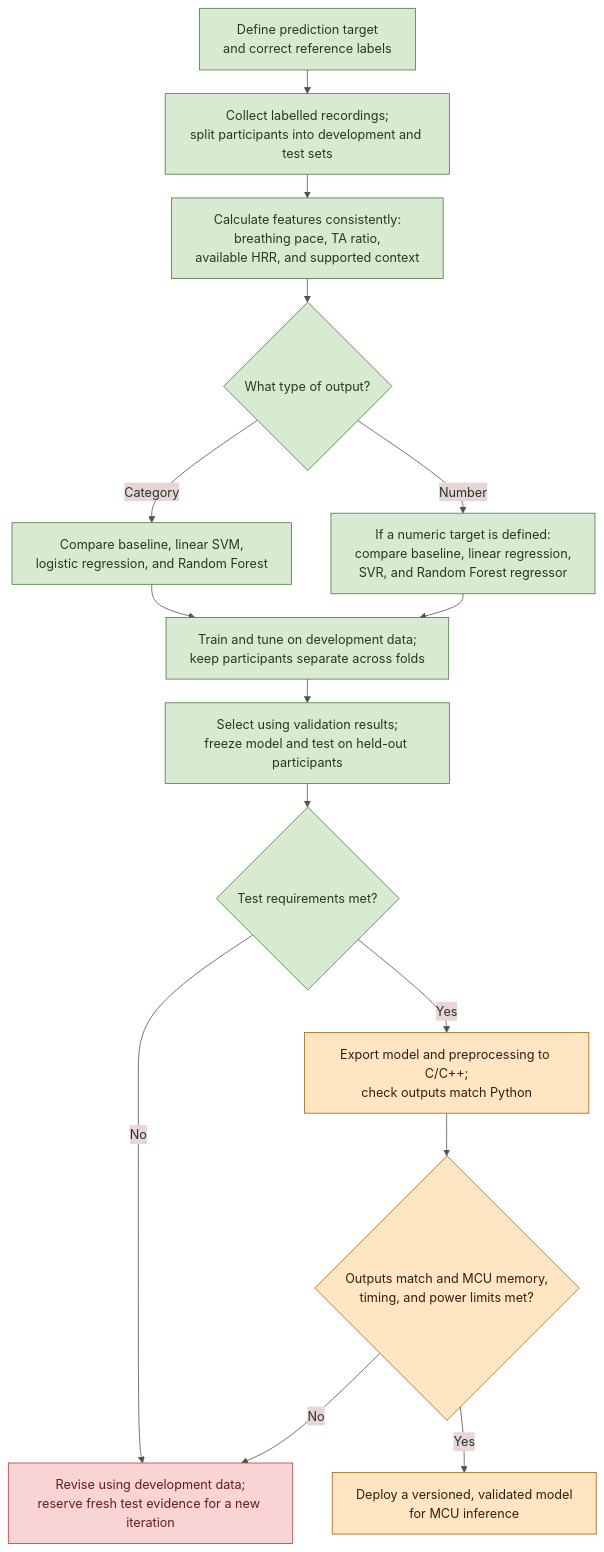
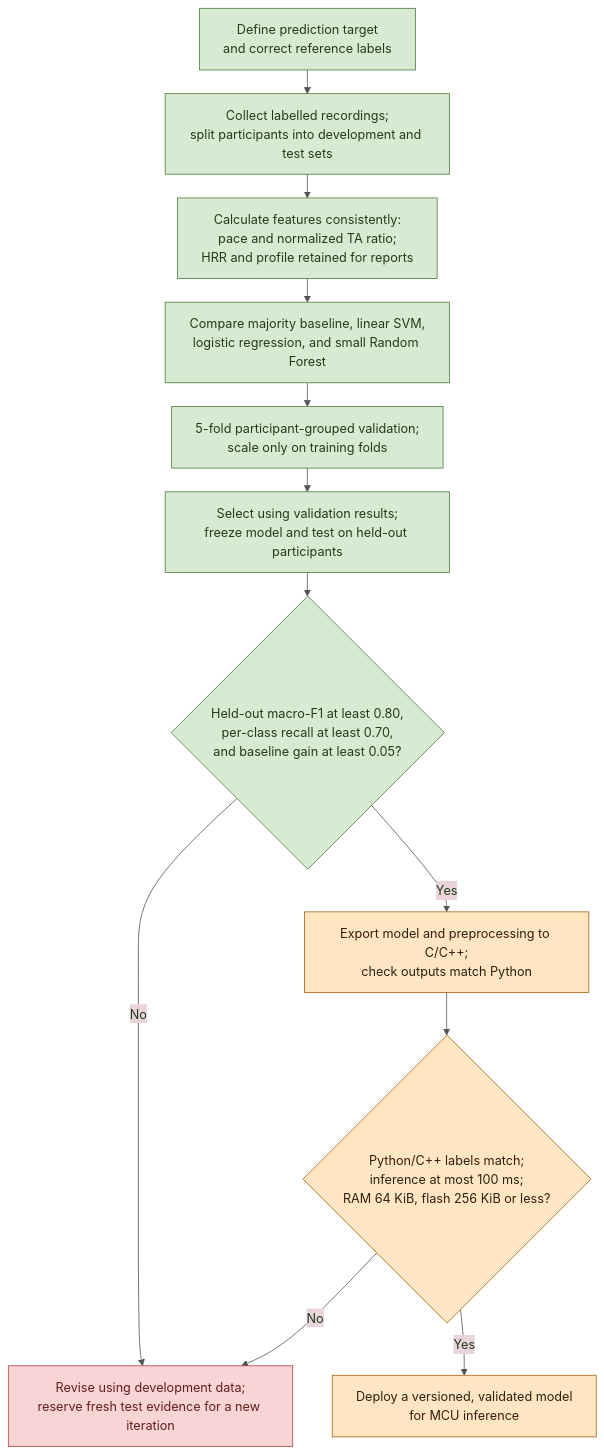
Before and after one commit to ARRR-Coen-Elec-490/docs: the first of 2 diagrams in software-documentation/ml-flow.md, drawn with Mermaid. The commit also changed other lines of this file and 13 other files, not shown here.

````diff
--- a/software-documentation/ml-flow.md
+++ b/software-documentation/ml-flow.md
@@ -7,25 +7,22 @@
 ```mermaid
 %%{init: {"theme": "base", "themeVariables": {"fontSize": "16px", "primaryColor": "#D9EAD3", "primaryBorderColor": "#477A3C", "primaryTextColor": "#203D1C", "lineColor": "#525252"}, "flowchart": {"wrappingWidth": 300, "rankSpacing": 30}}}%%
 flowchart TD
     accTitle: Develop and deploy a supervised model
     accDescr: Define reference labels, split participants, compare suitable models, evaluate the frozen candidate on held-out data, then validate exported behavior and MCU resource use.
     goal["Define prediction target<br/>and correct reference labels"]
     goal --> data["Collect labelled recordings;<br/>split participants into development and test sets"]
-    data --> features["Calculate features consistently:<br/>breathing pace, TA ratio,<br/>available HRR, and supported context"]
-    features --> task{"What type of output?"}
-    task -->|Category| classify["Compare baseline, linear SVM,<br/>logistic regression, and Random Forest"]
-    task -->|Number| regress["If a numeric target is defined:<br/>compare baseline, linear regression,<br/>SVR, and Random Forest regressor"]
-    classify --> validation["Train and tune on development data;<br/>keep participants separate across folds"]
-    regress --> validation
+    data --> features["Calculate features consistently:<br/>pace and normalized TA ratio;<br/>HRR and profile retained for reports"]
+    features --> classify["Compare majority baseline, linear SVM,<br/>logistic regression, and small Random Forest"]
+    classify --> validation["5-fold participant-grouped validation;<br/>scale only on training folds"]
     validation --> select["Select using validation results;<br/>freeze model and test on held-out participants"]
-    select --> pass{"Test requirements met?"}
+    select --> pass{"Held-out macro-F1 at least 0.80,<br/>per-class recall at least 0.70,<br/>and baseline gain at least 0.05?"}
     pass -->|No| revise["Revise using development data;<br/>reserve fresh test evidence for a new iteration"]
     pass -->|Yes| export["Export model and preprocessing to C/C++;<br/>check outputs match Python"]
-    export --> device{"Outputs match and MCU memory,<br/>timing, and power limits met?"}
+    export --> device{"Python/C++ labels match;<br/>inference at most 100 ms;<br/>RAM 64 KiB, flash 256 KiB or less?"}
     device -->|No| revise
     device -->|Yes| deploy["Deploy a versioned, validated model<br/>for MCU inference"]
     classDef mcu fill:#FFE5C2,stroke:#A66012,color:#30200F
     classDef caution fill:#F8D4D4,stroke:#B43D3D,color:#641D1D
     class export,device,deploy mcu
     class revise caution
 ```
````
